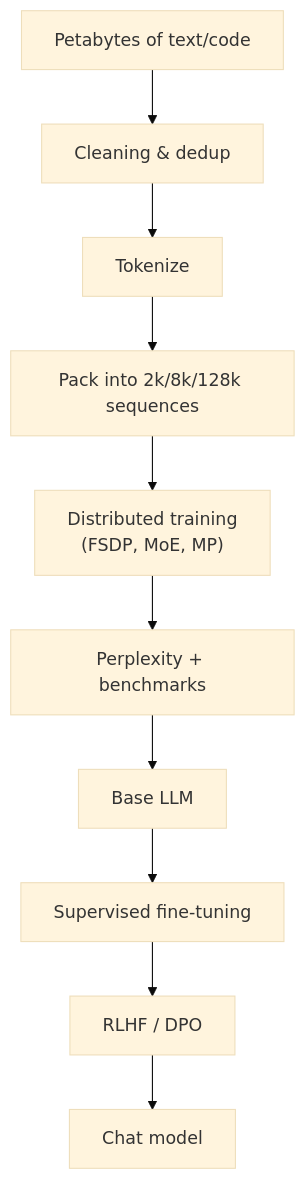
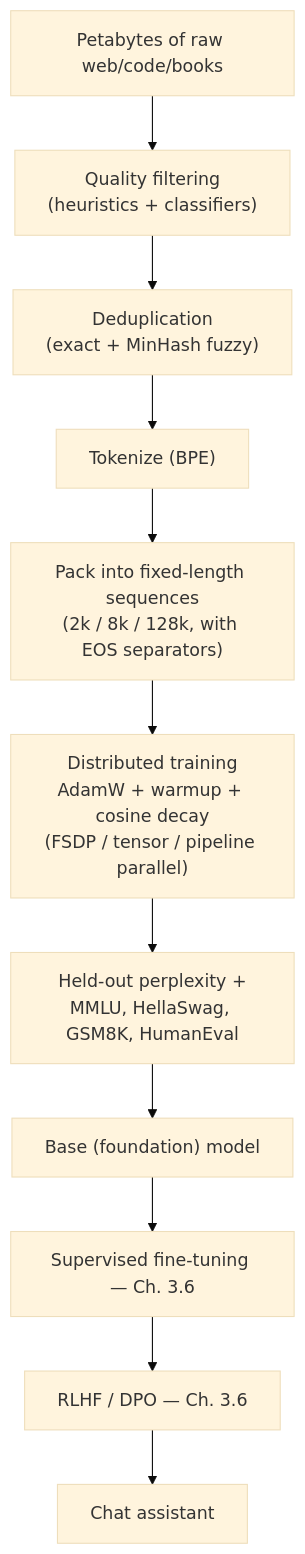
Before and after one commit to ABHIRAM3007/itp: the first of 3 diagrams in roadmap/phase-3-nlp-llm/05-gpt-pretraining.md, drawn with Mermaid (base theme). The commit also changed other lines of this file and 19 other files, not shown here.

````diff
--- a/roadmap/phase-3-nlp-llm/05-gpt-pretraining.md
+++ b/roadmap/phase-3-nlp-llm/05-gpt-pretraining.md
@@ -70,12 +147,13 @@
 ```mermaid
 flowchart TD
-    Data["Petabytes of text/code"] --> Clean["Cleaning & dedup"]
-    Clean --> Tok["Tokenize"]
-    Tok --> Pack["Pack into 2k/8k/128k sequences"]
-    Pack --> Train["Distributed training<br/>(FSDP, MoE, MP)"]
-    Train --> Eval["Perplexity + benchmarks"]
-    Eval --> Base["Base LLM"]
-    Base --> SFT["Supervised fine-tuning"]
-    SFT --> RLHF["RLHF / DPO"]
-    RLHF --> Chat["Chat model"]
+    Data["Petabytes of raw web/code/books"] --> Filter["Quality filtering<br/>(heuristics + classifiers)"]
+    Filter --> Dedup["Deduplication<br/>(exact + MinHash fuzzy)"]
+    Dedup --> Tok["Tokenize (BPE)"]
+    Tok --> Pack["Pack into fixed-length sequences<br/>(2k / 8k / 128k, with EOS separators)"]
+    Pack --> Train["Distributed training<br/>AdamW + warmup + cosine decay<br/>(FSDP / tensor / pipeline parallel)"]
+    Train --> Eval["Held-out perplexity +<br/>MMLU, HellaSwag, GSM8K, HumanEval"]
+    Eval --> Base["Base (foundation) model"]
+    Base --> SFT["Supervised fine-tuning — Ch. 3.6"]
+    SFT --> Align["RLHF / DPO — Ch. 3.6"]
+    Align --> Chat["Chat assistant"]
 ```
````
